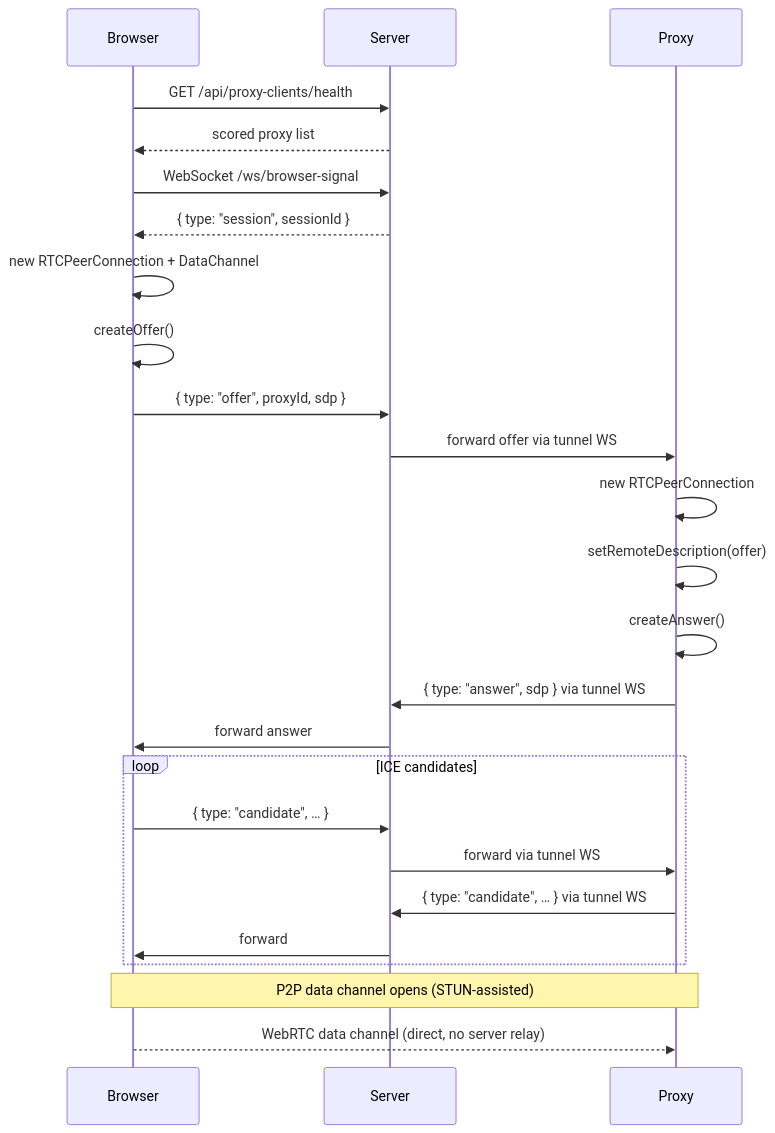
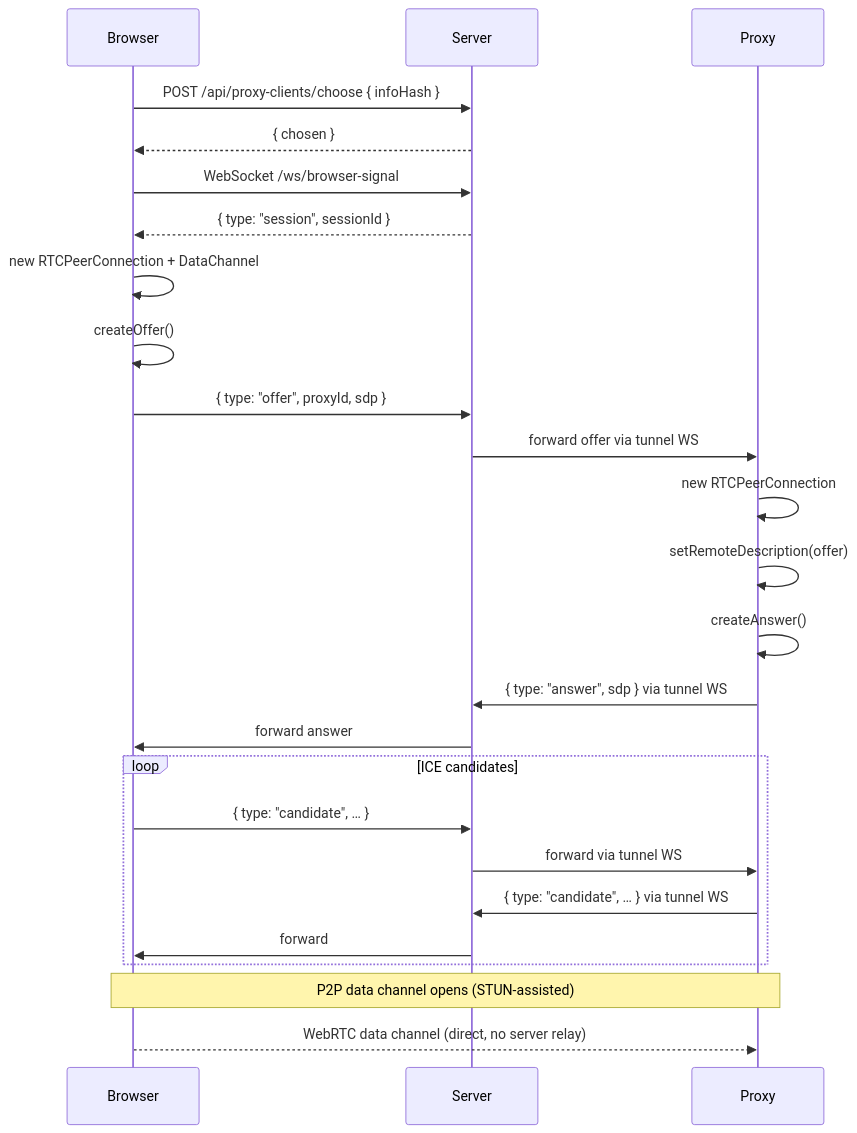
One commit to torrent-tv/server changed the second of 7 diagrams in README.md. Above: the diagram before and after it, drawn with Mermaid. The commit also changed other lines of this file and 12 other files, not shown here.

First line of the commit message:
feat(proxy-choice): choose the proxy on the server from what proxies report #ttv-36

````diff
--- a/README.md
+++ b/README.md
@@ -119,33 +120,33 @@
 ```mermaid
 sequenceDiagram
   participant B as Browser
   participant S as Server
   participant P as Proxy
 
-  B->>S: GET /api/proxy-clients/health
-  S-->>B: scored proxy list
+  B->>S: POST /api/proxy-clients/choose { infoHash }
+  S-->>B: { chosen }
 
   B->>S: WebSocket /ws/browser-signal
   S-->>B: { type: "session", sessionId }
 
   B->>B: new RTCPeerConnection + DataChannel
   B->>B: createOffer()
   B->>S: { type: "offer", proxyId, sdp }
   S->>P: forward offer via tunnel WS
 
   P->>P: new RTCPeerConnection
   P->>P: setRemoteDescription(offer)
   P->>P: createAnswer()
   P->>S: { type: "answer", sdp } via tunnel WS
   S->>B: forward answer
 
   loop ICE candidates
     B->>S: { type: "candidate", … }
     S->>P: forward via tunnel WS
     P->>S: { type: "candidate", … } via tunnel WS
     S->>B: forward
   end
 
   Note over B,P: P2P data channel opens (STUN-assisted)
   B-->>P: WebRTC data channel (direct, no server relay)
 ```
````
